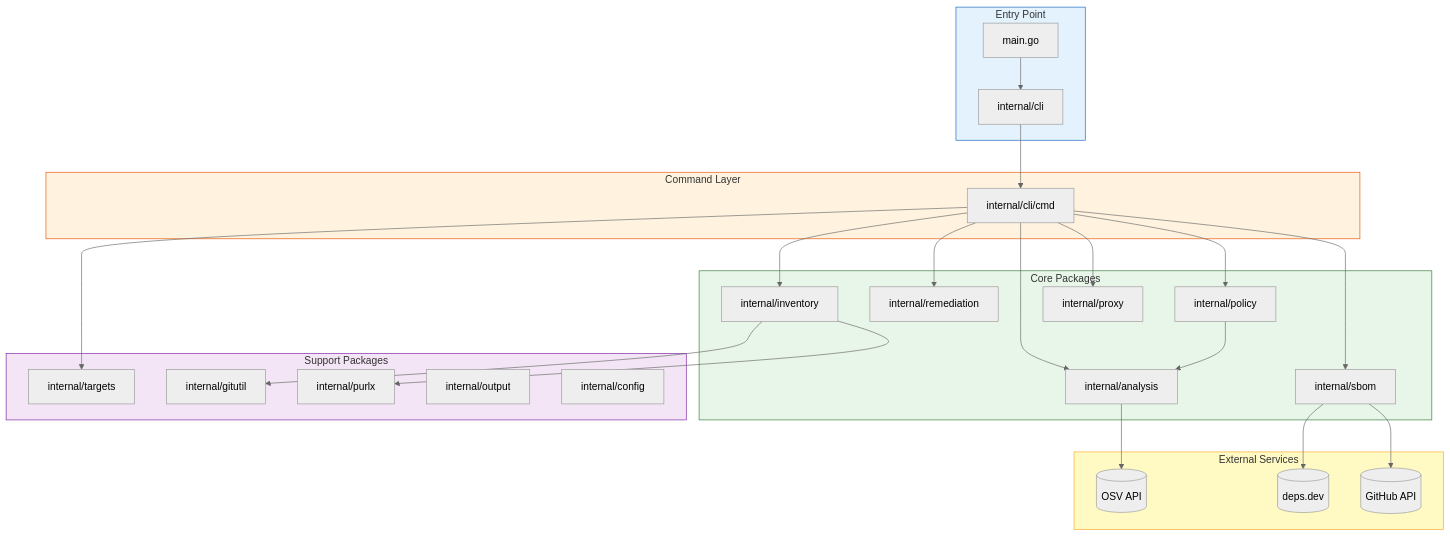
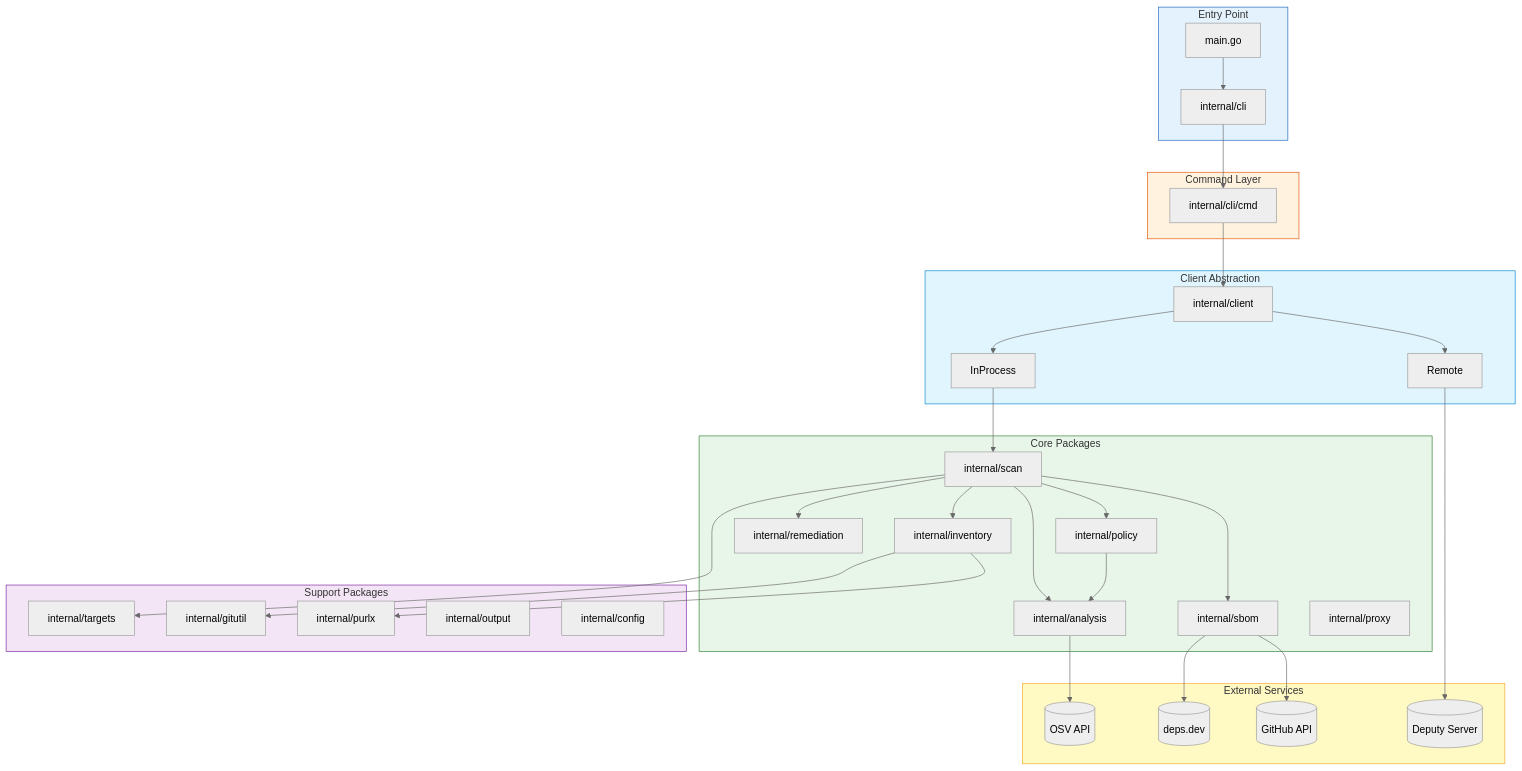
Before and after one commit to temporalio/deputy: the first of 7 diagrams in docs/development/architecture.md, drawn with Mermaid (neutral theme). The commit also changed other lines of this file and 164 other files, not shown here.

````diff
--- a/docs/development/architecture.md
+++ b/docs/development/architecture.md
@@ -7,48 +7,61 @@
 ```mermaid
 flowchart TB
   subgraph Entry["Entry Point"]
     Main[main.go]
     CLI[internal/cli]
   end
 
   subgraph Commands["Command Layer"]
     CMD[internal/cli/cmd]
   end
 
+  subgraph Client["Client Abstraction"]
+    ClientPkg[internal/client]
+    InProcess[InProcess]
+    Remote[Remote]
+  end
+
   subgraph Core["Core Packages"]
+    Scan[internal/scan]
     Inv[internal/inventory]
     Analysis[internal/analysis]
     Remed[internal/remediation]
     SBOM[internal/sbom]
     Policy[internal/policy]
     Proxy[internal/proxy]
   end
 
   subgraph Support["Support Packages"]
     Targets[internal/targets]
     Git[internal/gitutil]
     PURL[internal/purlx]
     Out[internal/output]
     Config[internal/config]
   end
 
   subgraph External["External Services"]
     OSV[(OSV API)]
     DepsD[(deps.dev)]
     GH[(GitHub API)]
+    Server[(Deputy Server)]
   end
 
   Main --> CLI
   CLI --> CMD
-  CMD --> Inv & Analysis & Remed & SBOM & Policy & Proxy & Targets
+  CMD --> ClientPkg
+  ClientPkg --> InProcess & Remote
+  InProcess --> Scan
+  Remote --> Server
+  Scan --> Inv & Analysis & Remed & SBOM & Policy & Targets
   Inv --> PURL & Git
   Analysis --> OSV
   SBOM --> DepsD & GH
   Policy --> Analysis
 
   style Entry fill:#e3f2fd,stroke:#1565c0
   style Commands fill:#fff3e0,stroke:#e65100
+  style Client fill:#e1f5fe,stroke:#0288d1
   style Core fill:#e8f5e9,stroke:#2e7d32
   style Support fill:#f3e5f5,stroke:#7b1fa2
   style External fill:#fff9c4,stroke:#f9a825
 ```
````
